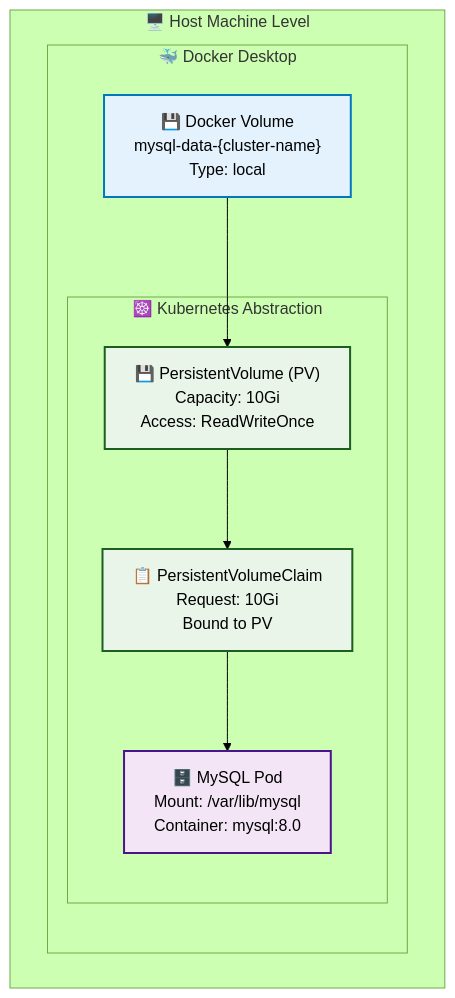
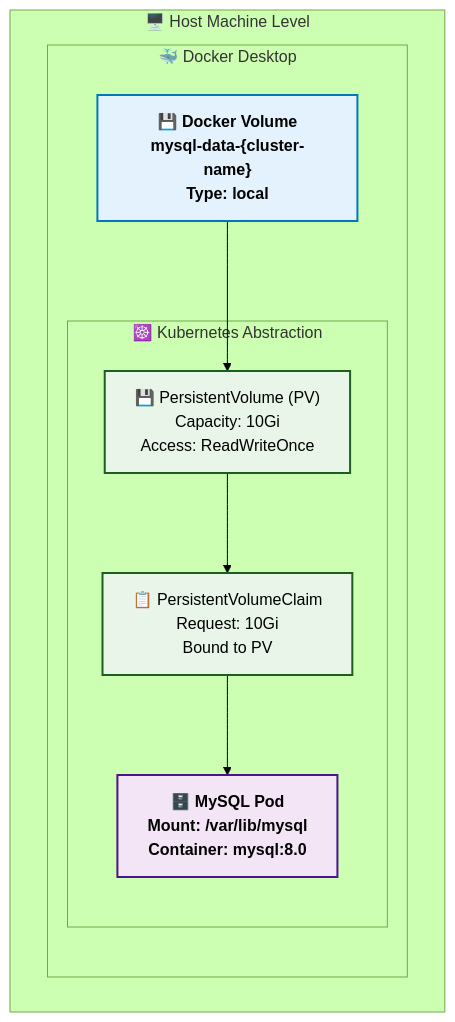
The eighth of 9 diagrams in ARCHITECTURE.md (msreekanth02/kind-kubernetes-cluster-manager), drawn with Mermaid (forest theme) before and after one commit. The commit also changed other lines of this file, not shown here.

First line of the commit message:
🎨 Enhance all Mermaid diagrams with improved typography

````diff
--- a/ARCHITECTURE.md
+++ b/ARCHITECTURE.md
@@ -309,28 +309,28 @@
 ```mermaid
 graph TB
     subgraph "🖥️ Host Machine Level"
         subgraph "🐳 Docker Desktop"
             DOCKER_VOLUME["💾 Docker Volume<br/>mysql-data-{cluster-name}<br/>Type: local"]
             
             subgraph "☸️ Kubernetes Abstraction"
                 PV_RESOURCE["💾 PersistentVolume (PV)<br/>Capacity: 10Gi<br/>Access: ReadWriteOnce"]
                 
                 PVC_RESOURCE["📋 PersistentVolumeClaim<br/>Request: 10Gi<br/>Bound to PV"]
                 
                 MYSQL_POD_STORAGE["🗄️ MySQL Pod<br/>Mount: /var/lib/mysql<br/>Container: mysql:8.0"]
             end
         end
     end
     
     DOCKER_VOLUME --> PV_RESOURCE
     PV_RESOURCE --> PVC_RESOURCE
     PVC_RESOURCE --> MYSQL_POD_STORAGE
     
-    classDef docker fill:#e3f2fd,stroke:#0277bd,stroke-width:2px
+    classDef docker fill:#e3f2fd,stroke:#0277bd,stroke-width:2px,font-size:16px,font-weight:bold
     classDef k8s fill:#e8f5e8,stroke:#1b5e20,stroke-width:2px
-    classDef pod fill:#f3e5f5,stroke:#4a148c,stroke-width:2px
+    classDef pod fill:#f3e5f5,stroke:#4a148c,stroke-width:2px,font-size:16px,font-weight:bold
     
     class DOCKER_VOLUME docker
     class PV_RESOURCE,PVC_RESOURCE k8s
     class MYSQL_POD_STORAGE pod
 ```
````
